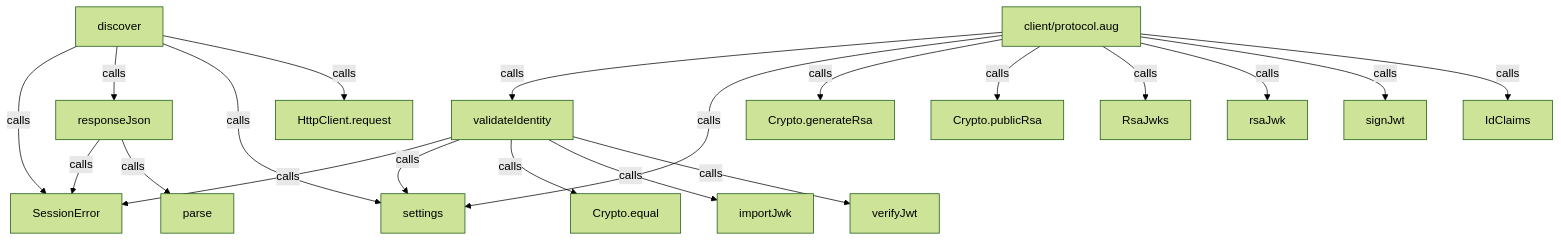
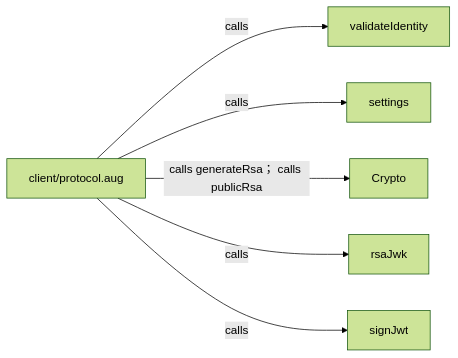
Before and after one commit to GreenPandaStudios/augscript: the third of 9 diagrams in docs/examples/oidc-login/client/protocol-diagrams.md, drawn with Mermaid (forest theme). The commit also changed other lines of this file and 304 other files, not shown here.

Commit message:
Make generated data-flow sequences concise and review every diagram

````diff
--- a/docs/examples/oidc-login/client/protocol-diagrams.md
+++ b/docs/examples/oidc-login/client/protocol-diagrams.md
@@ -50,39 +49,14 @@
 ```mermaid
-flowchart TD
-    n0["SessionError"]
-    n1["discover"]
-    n2["responseJson"]
-    n3["validateIdentity"]
-    n4["settings"]
-    n5["client/protocol.aug"]
-    n6["parse"]
-    n7["HttpClient.request"]
-    n8["Crypto.equal"]
-    n9["Crypto.generateRsa"]
-    n10["Crypto.publicRsa"]
-    n11["RsaJwks"]
-    n12["importJwk"]
-    n13["rsaJwk"]
-    n14["signJwt"]
-    n15["verifyJwt"]
-    n16["IdClaims"]
-    n1 -->|"calls"| n0
-    n1 -->|"calls"| n2
-    n1 -->|"calls"| n4
-    n1 -->|"calls"| n7
+flowchart LR
+    n0["validateIdentity"]
+    n1["settings"]
+    n2["client/protocol.aug"]
+    n3["Crypto"]
+    n4["rsaJwk"]
+    n5["signJwt"]
     n2 -->|"calls"| n0
-    n2 -->|"calls"| n6
-    n3 -->|"calls"| n0
-    n3 -->|"calls"| n4
-    n3 -->|"calls"| n8
-    n3 -->|"calls"| n12
-    n3 -->|"calls"| n15
-    n5 -->|"calls"| n3
-    n5 -->|"calls"| n4
-    n5 -->|"calls"| n9
-    n5 -->|"calls"| n10
-    n5 -->|"calls"| n11
-    n5 -->|"calls"| n13
-    n5 -->|"calls"| n14
-    n5 -->|"calls"| n16
+    n2 -->|"calls"| n1
+    n2 -->|"calls generateRsa； calls publicRsa"| n3
+    n2 -->|"calls"| n4
+    n2 -->|"calls"| n5
 ```
````
